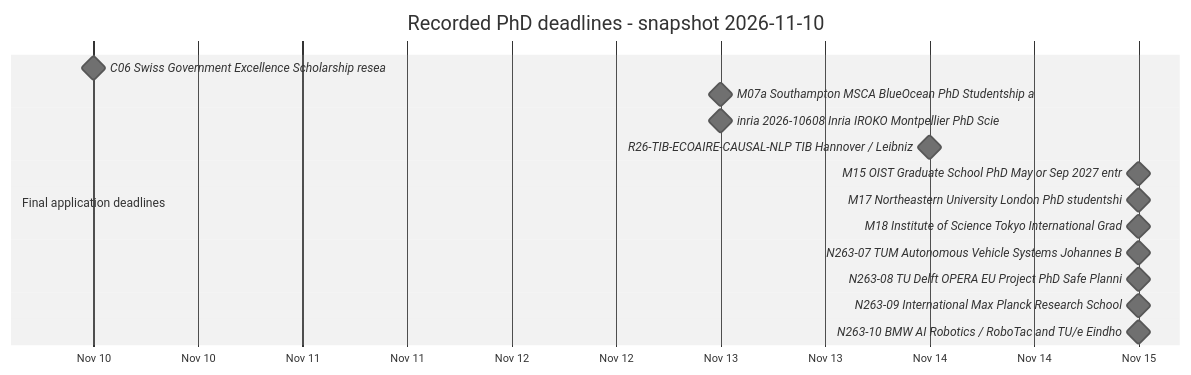
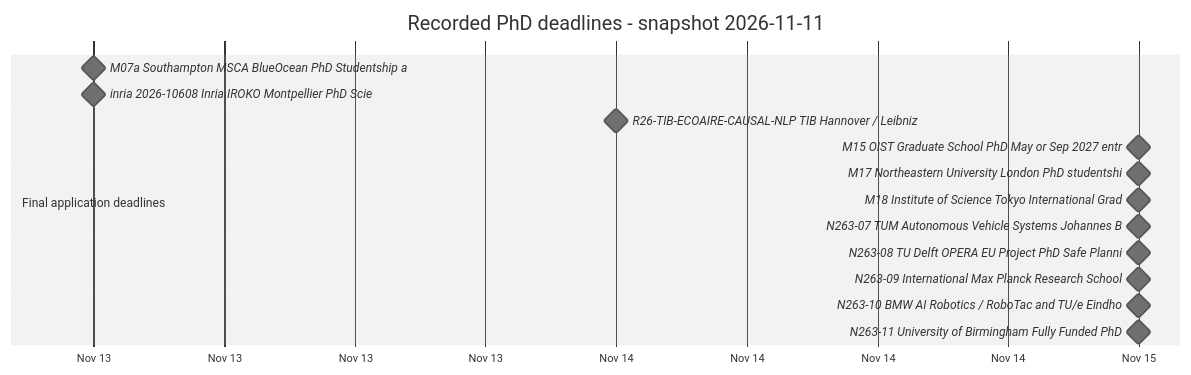
Before and after one commit to Armanasq/phd_tracker: the diagram in docs/diagrams/deadlines.mmd, drawn with Mermaid (neutral theme). The commit also changed 40 other files, not shown here.

Commit message:
Reconcile funded PhD research from independent verified sources

```diff
--- a/docs/diagrams/deadlines.mmd
+++ b/docs/diagrams/deadlines.mmd
@@ -1,16 +1,16 @@
 gantt
-    title Recorded PhD deadlines - snapshot 2026-11-10
+    title Recorded PhD deadlines - snapshot 2026-11-11
     dateFormat YYYY-MM-DD
     axisFormat %b %d
     section Final application deadlines
-    C06 Swiss Government Excellence Scholarship resea :milestone, d0, 2026-11-10, 0d
-    M07a Southampton MSCA BlueOcean PhD Studentship a :milestone, d1, 2026-11-13, 0d
-    inria 2026-10608 Inria IROKO Montpellier PhD Scie :milestone, d2, 2026-11-13, 0d
-    R26-TIB-ECOAIRE-CAUSAL-NLP TIB Hannover / Leibniz :milestone, d3, 2026-11-14, 0d
-    M15 OIST Graduate School PhD May or Sep 2027 entr :milestone, d4, 2026-11-15, 0d
-    M17 Northeastern University London PhD studentshi :milestone, d5, 2026-11-15, 0d
-    M18 Institute of Science Tokyo International Grad :milestone, d6, 2026-11-15, 0d
-    N263-07 TUM Autonomous Vehicle Systems Johannes B :milestone, d7, 2026-11-15, 0d
-    N263-08 TU Delft OPERA EU Project PhD Safe Planni :milestone, d8, 2026-11-15, 0d
-    N263-09 International Max Planck Research School  :milestone, d9, 2026-11-15, 0d
-    N263-10 BMW AI Robotics / RoboTac and TU/e Eindho :milestone, d10, 2026-11-15, 0d
+    M07a Southampton MSCA BlueOcean PhD Studentship a :milestone, d0, 2026-11-13, 0d
+    inria 2026-10608 Inria IROKO Montpellier PhD Scie :milestone, d1, 2026-11-13, 0d
+    R26-TIB-ECOAIRE-CAUSAL-NLP TIB Hannover / Leibniz :milestone, d2, 2026-11-14, 0d
+    M15 OIST Graduate School PhD May or Sep 2027 entr :milestone, d3, 2026-11-15, 0d
+    M17 Northeastern University London PhD studentshi :milestone, d4, 2026-11-15, 0d
+    M18 Institute of Science Tokyo International Grad :milestone, d5, 2026-11-15, 0d
+    N263-07 TUM Autonomous Vehicle Systems Johannes B :milestone, d6, 2026-11-15, 0d
+    N263-08 TU Delft OPERA EU Project PhD Safe Planni :milestone, d7, 2026-11-15, 0d
+    N263-09 International Max Planck Research School  :milestone, d8, 2026-11-15, 0d
+    N263-10 BMW AI Robotics / RoboTac and TU/e Eindho :milestone, d9, 2026-11-15, 0d
+    N263-11 University of Birmingham Fully Funded PhD :milestone, d10, 2026-11-15, 0d
```
